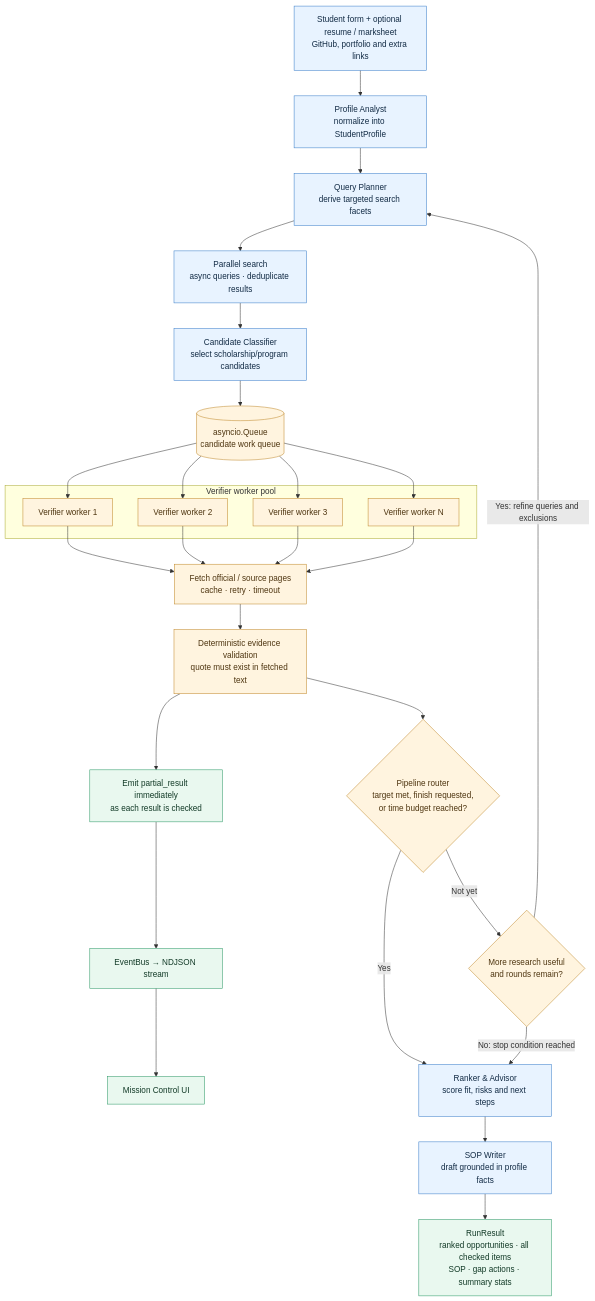
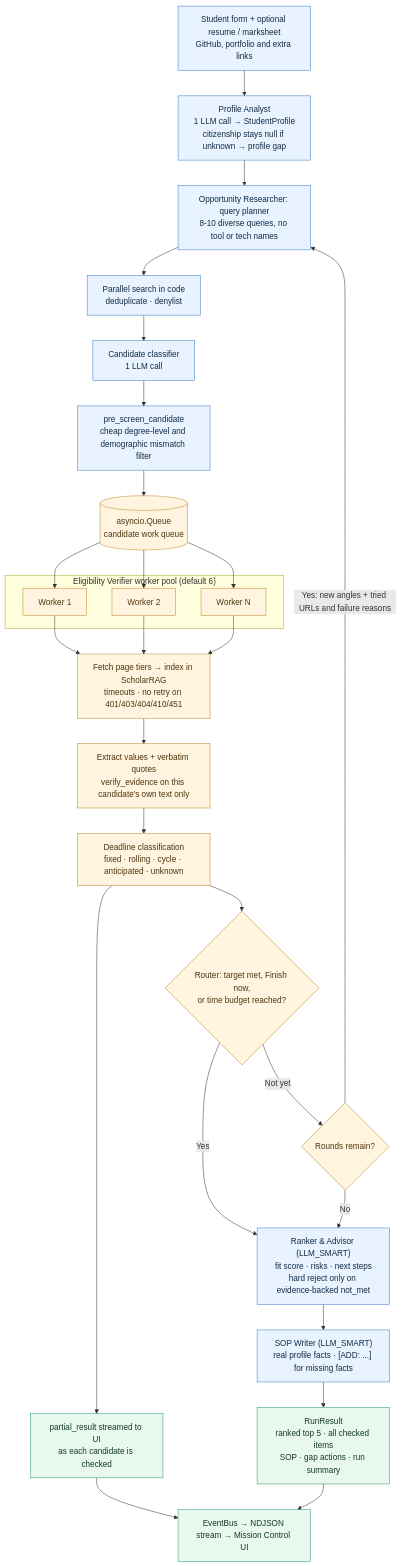
Before and after one commit to Svamsi2006/scholarship: the second of 3 diagrams in docs/architecture.md, drawn with Mermaid. The commit also changed other lines of this file, not shown here.

````diff
--- a/docs/architecture.md
+++ b/docs/architecture.md
@@ -81,48 +83,46 @@
 ```mermaid
 flowchart TD
   INPUT["Student form + optional resume / marksheet<br/>GitHub, portfolio and extra links"]
-  PROFILE["Profile Analyst<br/>normalize into StudentProfile"]
-  PLAN["Query Planner<br/>derive targeted search facets"]
-  SEARCH["Parallel search<br/>async queries · deduplicate results"]
-  CLASSIFY["Candidate Classifier<br/>select scholarship/program candidates"]
+  PROFILE["Profile Analyst<br/>1 LLM call → StudentProfile<br/>citizenship stays null if unknown → profile gap"]
+  PLAN["Opportunity Researcher: query planner<br/>8-10 diverse queries, no tool or tech names"]
+  SEARCH["Parallel search in code<br/>deduplicate · denylist"]
+  CLASSIFY["Candidate classifier<br/>1 LLM call"]
+  PRE["pre_screen_candidate<br/>cheap degree-level and demographic mismatch filter"]
   QUEUE[("asyncio.Queue<br/>candidate work queue")]
-  subgraph WORKERS["Verifier worker pool"]
-    V1["Verifier worker 1"]
-    V2["Verifier worker 2"]
-    V3["Verifier worker 3"]
-    VN["Verifier worker N"]
+  subgraph WORKERS["Eligibility Verifier worker pool (default 6)"]
+    V1["Worker 1"]
+    V2["Worker 2"]
+    VN["Worker N"]
   end
-  RETRIEVE["Fetch official / source pages<br/>cache · retry · timeout"]
-  CHECK["Deterministic evidence validation<br/>quote must exist in fetched text"]
-  PARTIAL["Emit partial_result immediately<br/>as each result is checked"]
-  ROUTER{"Pipeline router<br/>target met, finish requested,<br/>or time budget reached?"}
-  MORE{"More research useful<br/>and rounds remain?"}
-  RANK["Ranker & Advisor<br/>score fit, risks and next steps"]
-  SOP["SOP Writer<br/>draft grounded in profile facts"]
-  RESULT["RunResult<br/>ranked opportunities · all checked items<br/>SOP · gap actions · summary stats"]
-  EVENTS["EventBus → NDJSON stream"]
-  UI["Mission Control UI"]
+  RETRIEVE["Fetch page tiers → index in ScholarRAG<br/>timeouts · no retry on 401/403/404/410/451"]
+  CHECK["Extract values + verbatim quotes<br/>verify_evidence on this candidate's own text only"]
+  DEADLINE["Deadline classification<br/>fixed · rolling · cycle · anticipated · unknown"]
+  PARTIAL["partial_result streamed to UI<br/>as each candidate is checked"]
+  ROUTER{"Router: target met, Finish now,<br/>or time budget reached?"}
+  MORE{"Rounds remain?"}
+  RANK["Ranker & Advisor (LLM_SMART)<br/>fit score · risks · next steps<br/>hard reject only on evidence-backed not_met"]
+  SOP["SOP Writer (LLM_SMART)<br/>real profile facts · [ADD: ...] for missing facts"]
+  RESULT["RunResult<br/>ranked top 5 · all checked items<br/>SOP · gap actions · run summary"]
+  EVENTS["EventBus → NDJSON stream → Mission Control UI"]
 
-  INPUT --> PROFILE --> PLAN --> SEARCH --> CLASSIFY --> QUEUE
+  INPUT --> PROFILE --> PLAN --> SEARCH --> CLASSIFY --> PRE --> QUEUE
   QUEUE --> V1
   QUEUE --> V2
-  QUEUE --> V3
   QUEUE --> VN
   V1 --> RETRIEVE
   V2 --> RETRIEVE
-  V3 --> RETRIEVE
   VN --> RETRIEVE
-  RETRIEVE --> CHECK --> PARTIAL --> EVENTS --> UI
-  CHECK --> ROUTER
-  ROUTER -->|Yes| RANK --> SOP --> RESULT
+  RETRIEVE --> CHECK --> DEADLINE --> PARTIAL --> EVENTS
+  DEADLINE --> ROUTER
+  ROUTER -->|Yes| RANK --> SOP --> RESULT --> EVENTS
   ROUTER -->|Not yet| MORE
-  MORE -->|Yes: refine queries and exclusions| PLAN
-  MORE -->|No: stop condition reached| RANK
+  MORE -->|"Yes: new angles + tried URLs and failure reasons"| PLAN
+  MORE -->|No| RANK
 
   classDef stage fill:#e8f3ff,stroke:#377cc8,color:#122b45;
   classDef verify fill:#fff4df,stroke:#bf8628,color:#4e3510;
   classDef output fill:#e9f8ef,stroke:#299764,color:#123a27;
-  class INPUT,PROFILE,PLAN,SEARCH,CLASSIFY,RANK,SOP stage;
-  class QUEUE,V1,V2,V3,VN,RETRIEVE,CHECK,ROUTER,MORE verify;
-  class PARTIAL,EVENTS,UI,RESULT output;
+  class INPUT,PROFILE,PLAN,SEARCH,CLASSIFY,PRE,RANK,SOP stage;
+  class QUEUE,V1,V2,VN,RETRIEVE,CHECK,DEADLINE,ROUTER,MORE verify;
+  class PARTIAL,EVENTS,RESULT output;
 ```
````
